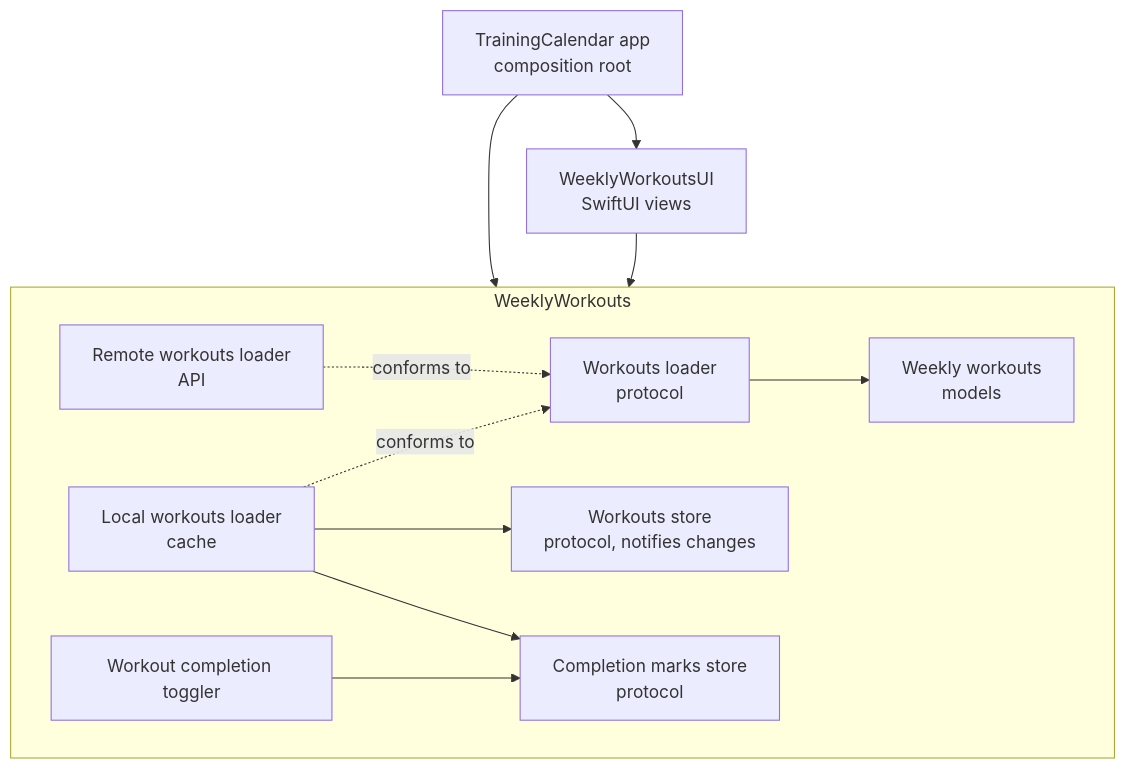
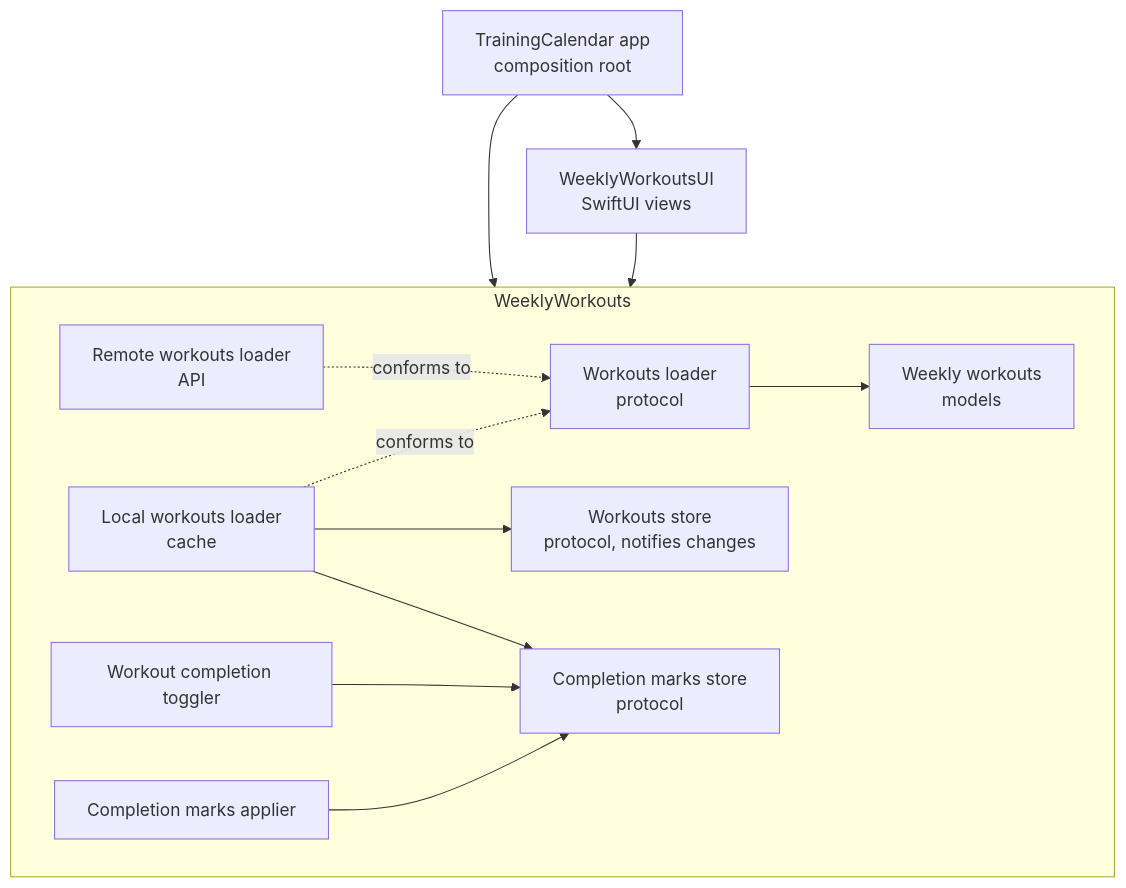
The second of 2 diagrams in README.md (tringuyen623/training-calendar), drawn with Mermaid before and after one commit.

Commit message:
Add the completion marks applier to the architecture diagram

````diff
--- a/README.md
+++ b/README.md
@@ -324,14 +324,15 @@
 ```mermaid
 graph TD
     App["TrainingCalendar app<br/>composition root"] --> UI["WeeklyWorkoutsUI<br/>SwiftUI views"]
     App --> Package
     UI --> Package
     subgraph Package["WeeklyWorkouts"]
         Remote["Remote workouts loader<br/>API"] -. conforms to .-> Loader["Workouts loader<br/>protocol"]
         Local["Local workouts loader<br/>cache"] -. conforms to .-> Loader
         Local --> Store["Workouts store<br/>protocol, notifies changes"]
         Local --> Marks["Completion marks store<br/>protocol"]
         Toggler["Workout completion toggler"] --> Marks
+        Applier["Completion marks applier"] --> Marks
         Loader --> Models["Weekly workouts<br/>models"]
     end
 ```
````
